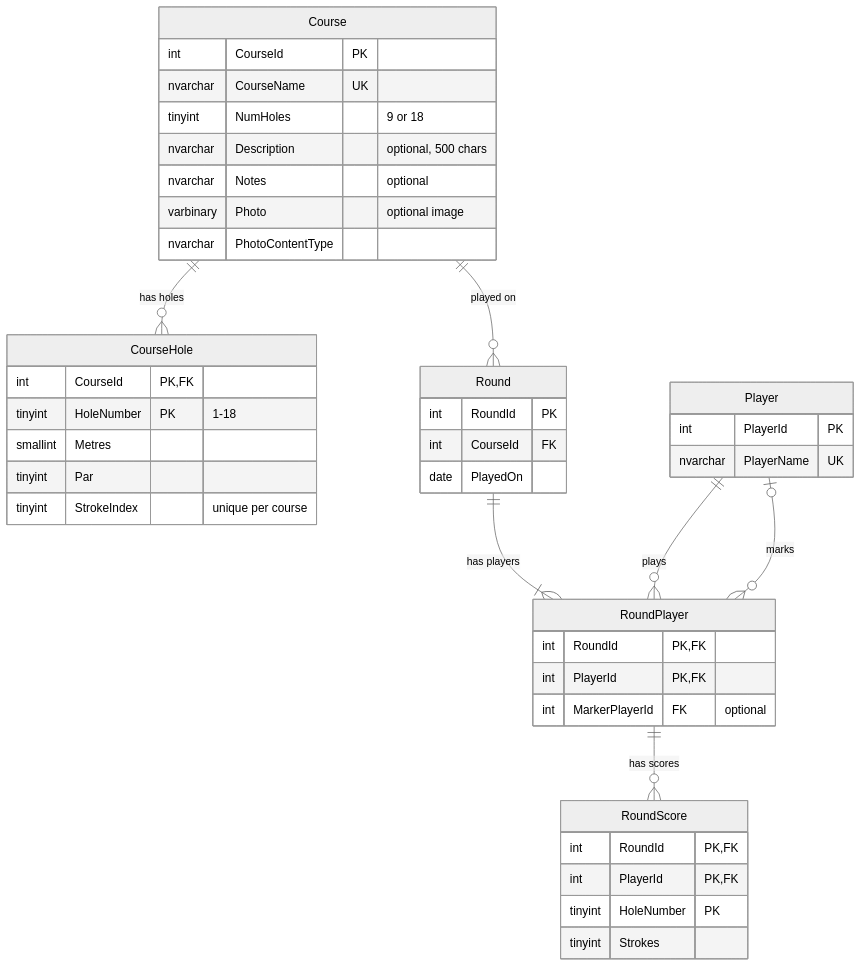
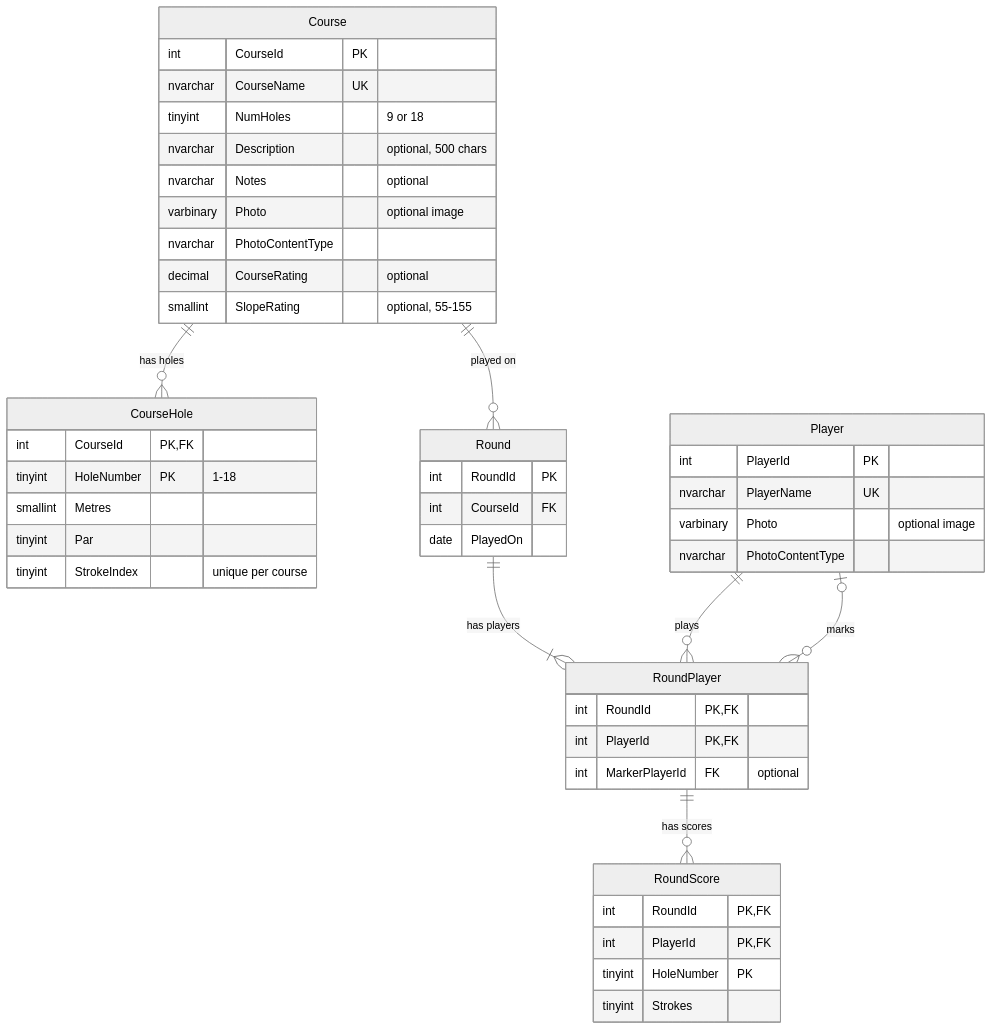
Before and after one commit to mahamlyn/golf-stats-app: the diagram in database/README.md, drawn with Mermaid (neutral theme). The commit also changed other lines of this file and 9 other files, not shown here.

````diff
--- a/database/README.md
+++ b/database/README.md
@@ -16,46 +16,50 @@
 ```mermaid
 erDiagram
     Course ||--o{ CourseHole : "has holes"
     Course ||--o{ Round : "played on"
     Round ||--|{ RoundPlayer : "has players"
     Player ||--o{ RoundPlayer : "plays"
     Player |o--o{ RoundPlayer : "marks"
     RoundPlayer ||--o{ RoundScore : "has scores"
 
     Course {
         int CourseId PK
         nvarchar CourseName UK
         tinyint NumHoles "9 or 18"
         nvarchar Description "optional, 500 chars"
         nvarchar Notes "optional"
         varbinary Photo "optional image"
         nvarchar PhotoContentType
+        decimal CourseRating "optional"
+        smallint SlopeRating "optional, 55-155"
     }
     CourseHole {
         int CourseId PK, FK
         tinyint HoleNumber PK "1-18"
         smallint Metres
         tinyint Par
         tinyint StrokeIndex "unique per course"
     }
     Player {
         int PlayerId PK
         nvarchar PlayerName UK
+        varbinary Photo "optional image"
+        nvarchar PhotoContentType
     }
     Round {
         int RoundId PK
         int CourseId FK
         date PlayedOn
     }
     RoundPlayer {
         int RoundId PK, FK
         int PlayerId PK, FK
         int MarkerPlayerId FK "optional"
     }
     RoundScore {
         int RoundId PK, FK
         int PlayerId PK, FK
         tinyint HoleNumber PK
         tinyint Strokes
     }
 ```
````
